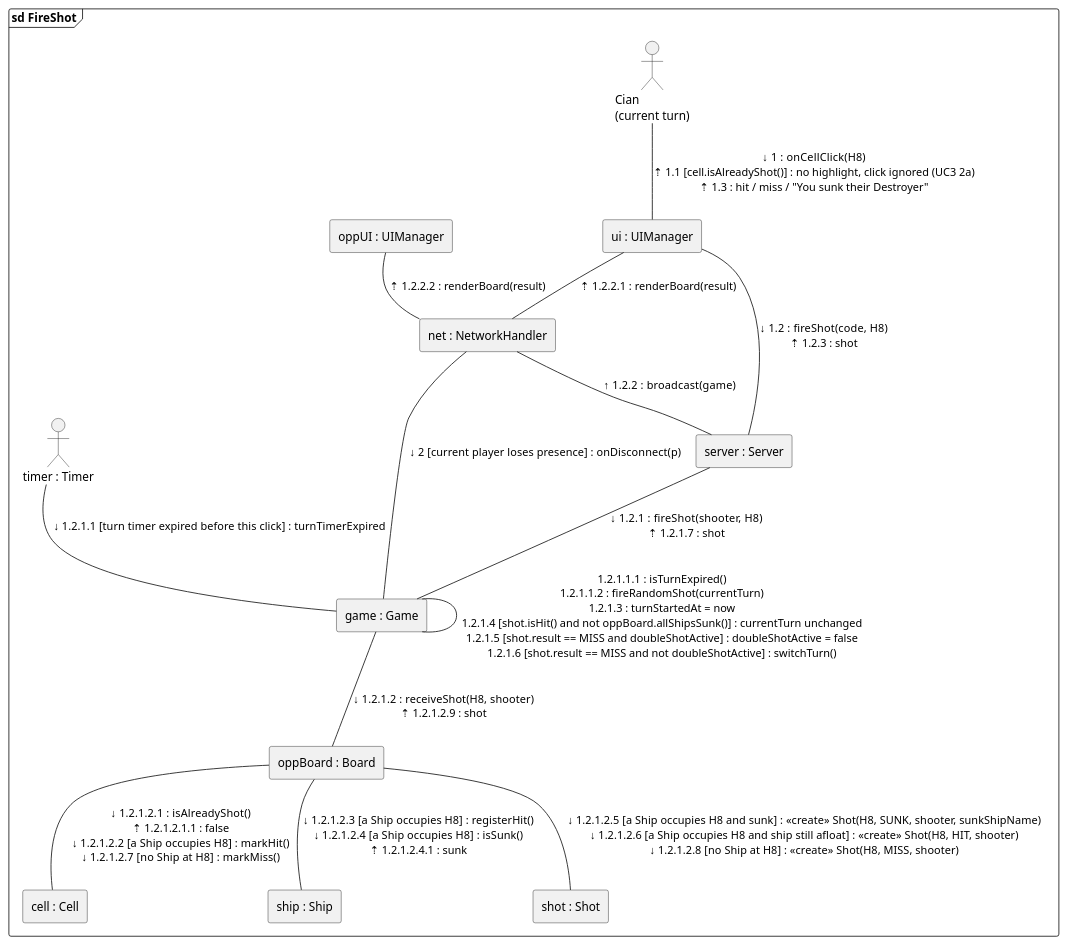
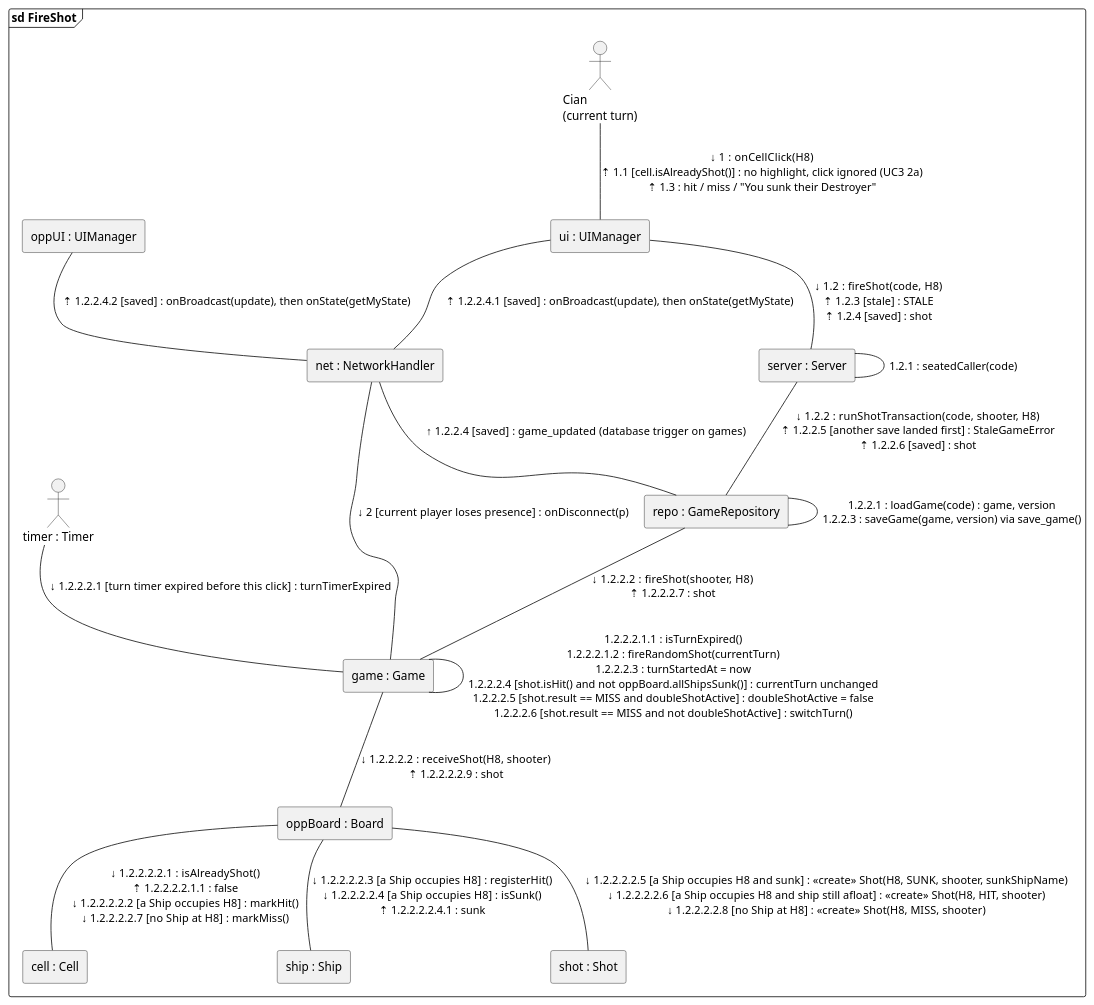
Before and after one commit to queeeety/battleship-online: the diagram in docs/uml/communication/fire-shot.puml, drawn with PlantUML. The commit also changed 9 other files, not shown here.

Commit message:
Update UML for Stage 5: save_game, broadcast trigger and NetworkHandler

```diff
--- a/docs/uml/communication/fire-shot.puml
+++ b/docs/uml/communication/fire-shot.puml
@@ -1,28 +1,32 @@
 @startuml 6_3_FireShot_CommunicationDiagram
 frame "sd FireShot" {
   actor "Cian\n(current turn)" as Player
   rectangle "ui : UIManager" as UI
   rectangle "oppUI : UIManager" as OppUI
   actor "timer : Timer" as Timer
   rectangle "server : Server" as Server
+  rectangle "repo : GameRepository" as Repo
   rectangle "net : NetworkHandler" as Net
   rectangle "game : Game" as Game
   rectangle "oppBoard : Board" as Board
   rectangle "cell : Cell" as Cell
   rectangle "ship : Ship" as Ship
   rectangle "shot : Shot" as Shot
   Player -down- UI : ↓ 1 : onCellClick(H8)\n⇡ 1.1 [cell.isAlreadyShot()] : no highlight, click ignored (UC3 2a)\n⇡ 1.3 : hit / miss / &#34;You sunk their Destroyer&#34;
-  UI -down- Net : ⇡ 1.2.2.1 : renderBoard(result)
-  OppUI -down- Net : ⇡ 1.2.2.2 : renderBoard(result)
-  UI -down- Server : ↓ 1.2 : fireShot(code, H8)\n⇡ 1.2.3 : shot
-  Net -down- Server : ↑ 1.2.2 : broadcast(game)
+  UI -down- Net : ⇡ 1.2.2.4.1 [saved] : onBroadcast(update), then onState(getMyState)
+  OppUI -down- Net : ⇡ 1.2.2.4.2 [saved] : onBroadcast(update), then onState(getMyState)
+  UI -down- Server : ↓ 1.2 : fireShot(code, H8)\n⇡ 1.2.3 [stale] : STALE\n⇡ 1.2.4 [saved] : shot
+  Server -- Server : 1.2.1 : seatedCaller(code)
+  Server -down- Repo : ↓ 1.2.2 : runShotTransaction(code, shooter, H8)\n⇡ 1.2.2.5 [another save landed first] : StaleGameError\n⇡ 1.2.2.6 [saved] : shot
+  Repo -- Repo : 1.2.2.1 : loadGame(code) : game, version\n1.2.2.3 : saveGame(game, version) via save_game()
+  Net -down- Repo : ↑ 1.2.2.4 [saved] : game_updated (database trigger on games)
   Net -down- Game : ↓ 2 [current player loses presence] : onDisconnect(p)
-  Server -down- Game : ↓ 1.2.1 : fireShot(shooter, H8)\n⇡ 1.2.1.7 : shot
-  Timer -down- Game : ↓ 1.2.1.1 [turn timer expired before this click] : turnTimerExpired
-  Game -- Game : 1.2.1.1.1 : isTurnExpired()\n1.2.1.1.2 : fireRandomShot(currentTurn)\n1.2.1.3 : turnStartedAt = now\n1.2.1.4 [shot.isHit() and not oppBoard.allShipsSunk()] : currentTurn unchanged\n1.2.1.5 [shot.result == MISS and doubleShotActive] : doubleShotActive = false\n1.2.1.6 [shot.result == MISS and not doubleShotActive] : switchTurn()
-  Game -down- Board : ↓ 1.2.1.2 : receiveShot(H8, shooter)\n⇡ 1.2.1.2.9 : shot
-  Board -down- Cell : ↓ 1.2.1.2.1 : isAlreadyShot()\n⇡ 1.2.1.2.1.1 : false\n↓ 1.2.1.2.2 [a Ship occupies H8] : markHit()\n↓ 1.2.1.2.7 [no Ship at H8] : markMiss()
-  Board -down- Ship : ↓ 1.2.1.2.3 [a Ship occupies H8] : registerHit()\n↓ 1.2.1.2.4 [a Ship occupies H8] : isSunk()\n⇡ 1.2.1.2.4.1 : sunk
-  Board -down- Shot : ↓ 1.2.1.2.5 [a Ship occupies H8 and sunk] : <<create>> Shot(H8, SUNK, shooter, sunkShipName)\n↓ 1.2.1.2.6 [a Ship occupies H8 and ship still afloat] : <<create>> Shot(H8, HIT, shooter)\n↓ 1.2.1.2.8 [no Ship at H8] : <<create>> Shot(H8, MISS, shooter)
+  Repo -down- Game : ↓ 1.2.2.2 : fireShot(shooter, H8)\n⇡ 1.2.2.2.7 : shot
+  Timer -down- Game : ↓ 1.2.2.2.1 [turn timer expired before this click] : turnTimerExpired
+  Game -- Game : 1.2.2.2.1.1 : isTurnExpired()\n1.2.2.2.1.2 : fireRandomShot(currentTurn)\n1.2.2.2.3 : turnStartedAt = now\n1.2.2.2.4 [shot.isHit() and not oppBoard.allShipsSunk()] : currentTurn unchanged\n1.2.2.2.5 [shot.result == MISS and doubleShotActive] : doubleShotActive = false\n1.2.2.2.6 [shot.result == MISS and not doubleShotActive] : switchTurn()
+  Game -down- Board : ↓ 1.2.2.2.2 : receiveShot(H8, shooter)\n⇡ 1.2.2.2.2.9 : shot
+  Board -down- Cell : ↓ 1.2.2.2.2.1 : isAlreadyShot()\n⇡ 1.2.2.2.2.1.1 : false\n↓ 1.2.2.2.2.2 [a Ship occupies H8] : markHit()\n↓ 1.2.2.2.2.7 [no Ship at H8] : markMiss()
+  Board -down- Ship : ↓ 1.2.2.2.2.3 [a Ship occupies H8] : registerHit()\n↓ 1.2.2.2.2.4 [a Ship occupies H8] : isSunk()\n⇡ 1.2.2.2.2.4.1 : sunk
+  Board -down- Shot : ↓ 1.2.2.2.2.5 [a Ship occupies H8 and sunk] : <<create>> Shot(H8, SUNK, shooter, sunkShipName)\n↓ 1.2.2.2.2.6 [a Ship occupies H8 and ship still afloat] : <<create>> Shot(H8, HIT, shooter)\n↓ 1.2.2.2.2.8 [no Ship at H8] : <<create>> Shot(H8, MISS, shooter)
 }
 @enduml
```
